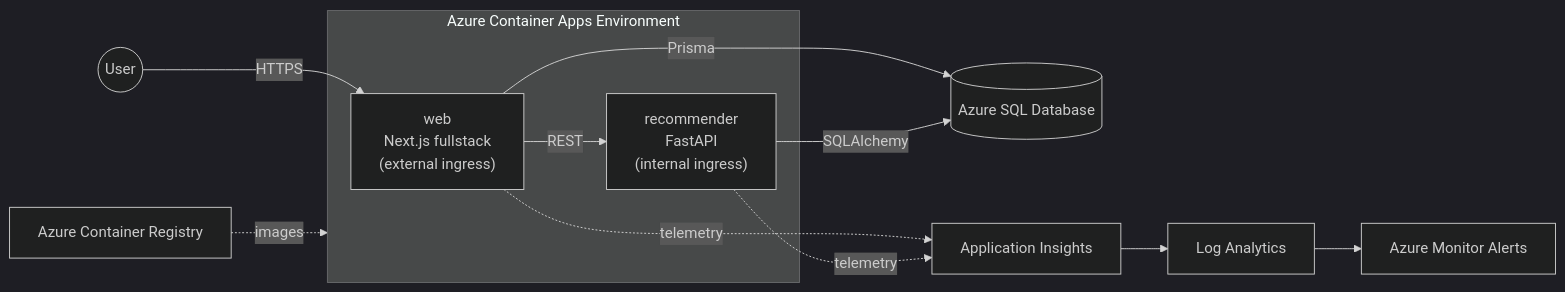
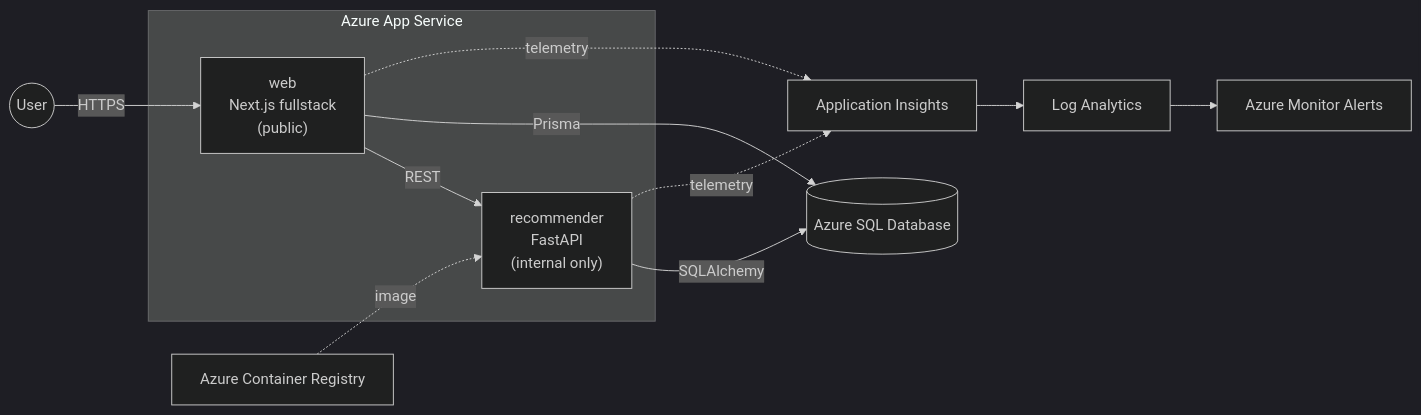
The diagram in README.md (23521155/cloud-e-commerce), drawn with Mermaid (dark theme) before and after one commit. The commit also changed other lines of this file and 1 other file, not shown here.

Commit message:
docs: fix statements that contradict the assignment

````diff
--- a/README.md
+++ b/README.md
@@ -9,20 +9,20 @@
 ```mermaid
 flowchart LR
     User((User)) -->|HTTPS| Web
 
-    subgraph Azure["Azure Container Apps Environment"]
-        Web["web<br/>Next.js fullstack<br/>(external ingress)"]
-        Rec["recommender<br/>FastAPI<br/>(internal ingress)"]
+    subgraph Azure["Azure App Service"]
+        Web["web<br/>Next.js fullstack<br/>(public)"]
+        Rec["recommender<br/>FastAPI<br/>(internal only)"]
     end
 
     Web -->|REST| Rec
     Web -->|Prisma| SQL[(Azure SQL Database)]
     Rec -->|SQLAlchemy| SQL
 
     Web -.telemetry.-> AI[Application Insights]
     Rec -.telemetry.-> AI
     AI --> LA[Log Analytics]
     LA --> Alerts[Azure Monitor Alerts]
 
-    ACR[Azure Container Registry] -.images.-> Azure
+    ACR[Azure Container Registry] -.image.-> Rec
 ```
````
